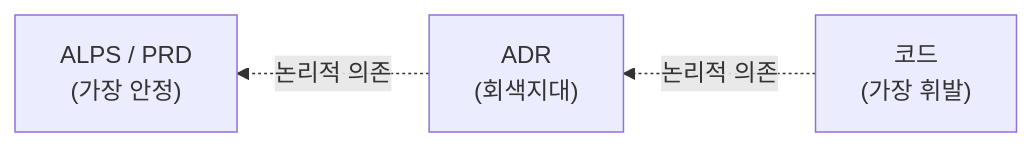
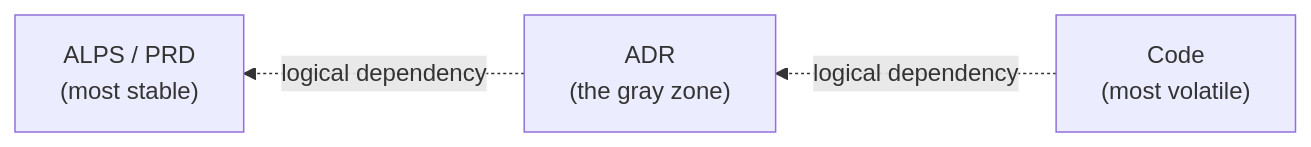
One commit to haandol/alps-writer-mcp changed the second of 3 diagrams in plugins/adr-writer/templates/adr/README.md. Above: the diagram before and after it, drawn with Mermaid. The commit also changed other lines of this file and 40 other files, not shown here.

````diff
--- a/plugins/adr-writer/templates/adr/README.md
+++ b/plugins/adr-writer/templates/adr/README.md
@@ -57,9 +64,9 @@
 ```mermaid
 flowchart RL
-    PRD["ALPS / PRD<br/>(가장 안정)"]
-    ADR["ADR<br/>(회색지대)"]
-    Code["코드<br/>(가장 휘발)"]
+    PRD["ALPS / PRD<br/>(most stable)"]
+    ADR["ADR<br/>(the gray zone)"]
+    Code["Code<br/>(most volatile)"]
 
-    Code -. 논리적 의존 .-> ADR
-    ADR -. 논리적 의존 .-> PRD
+    Code -. logical dependency .-> ADR
+    ADR -. logical dependency .-> PRD
 ```
````
